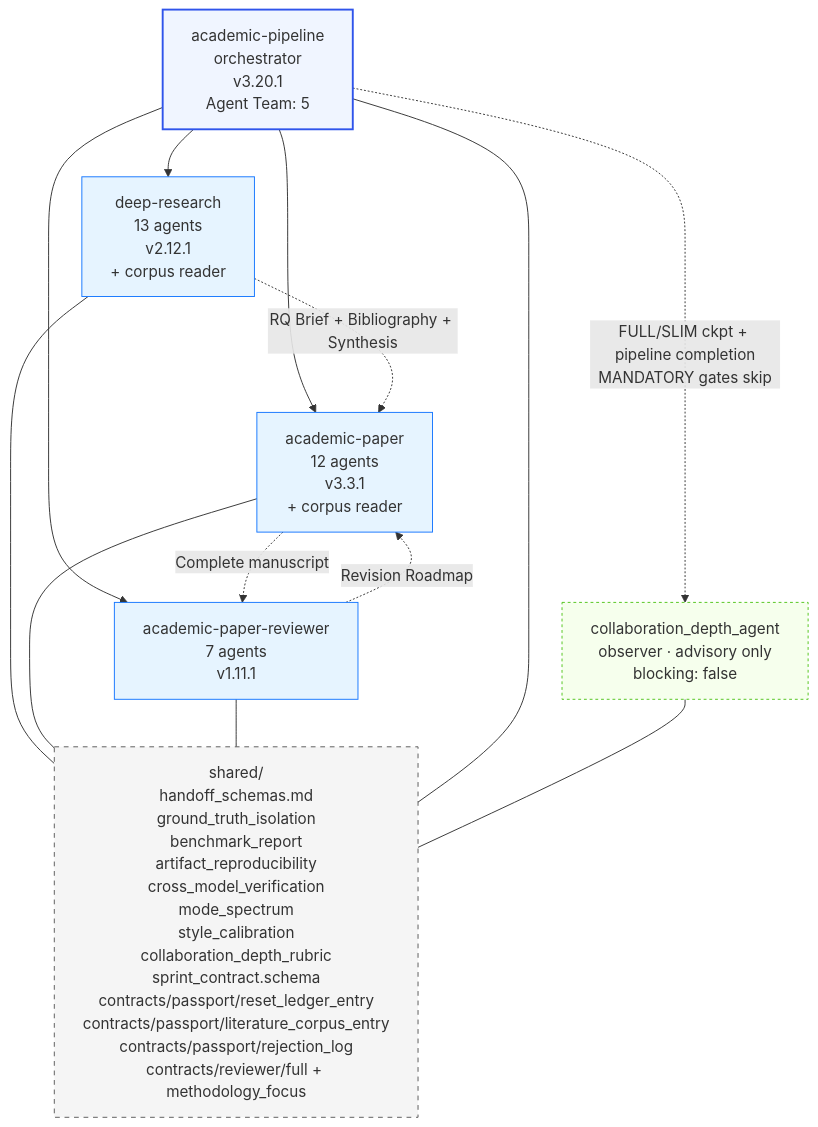
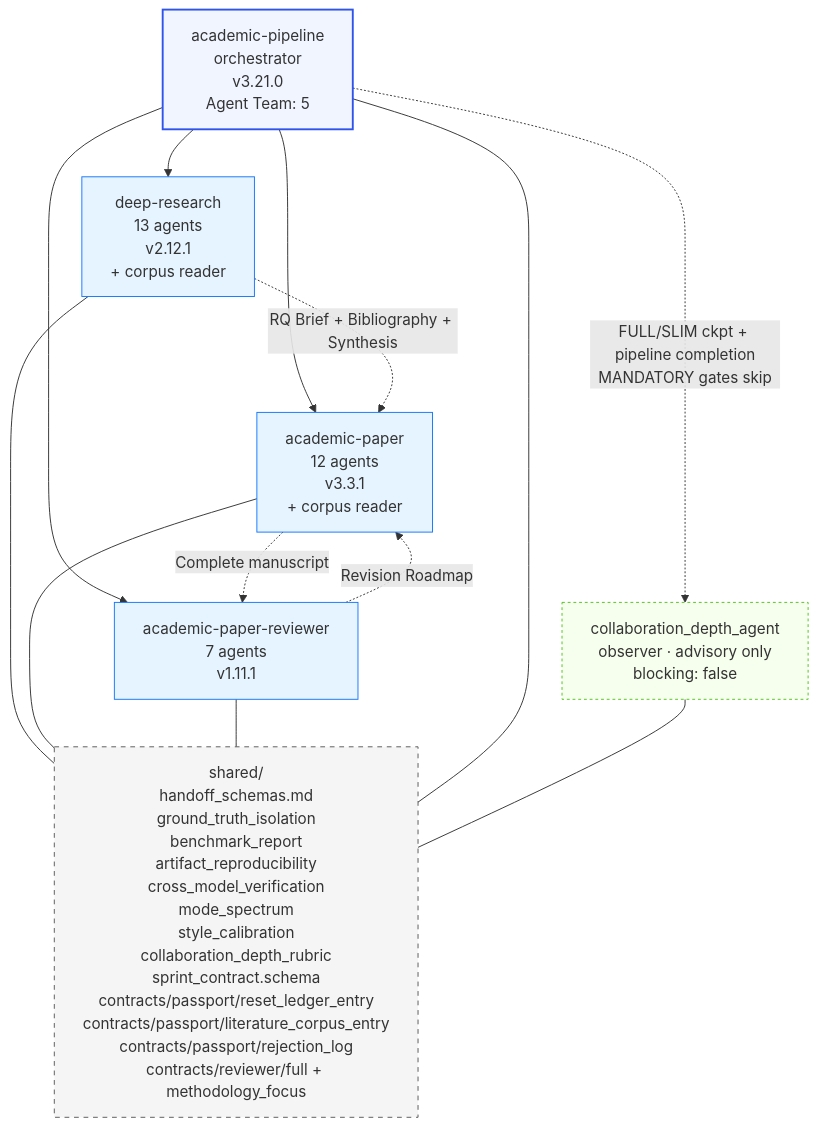
Before and after one commit to AlphaWu/academic-research-skills: the fourth of 5 diagrams in docs/ARCHITECTURE.md, drawn with Mermaid. The commit also changed other lines of this file and 16 other files, not shown here.

````diff
--- a/docs/ARCHITECTURE.md
+++ b/docs/ARCHITECTURE.md
@@ -205,31 +205,31 @@
 ```mermaid
 graph TD
-    Pipeline[academic-pipeline<br/>orchestrator<br/>v3.20.1<br/>Agent Team: 5]
+    Pipeline[academic-pipeline<br/>orchestrator<br/>v3.21.0<br/>Agent Team: 5]
     Observer[collaboration_depth_agent<br/>observer · advisory only<br/>blocking: false]
     DR[deep-research<br/>13 agents<br/>v2.12.1<br/>+ corpus reader]
     AP[academic-paper<br/>12 agents<br/>v3.3.1<br/>+ corpus reader]
     APR[academic-paper-reviewer<br/>7 agents<br/>v1.11.1]
     Shared[shared/<br/>handoff_schemas.md<br/>ground_truth_isolation<br/>benchmark_report<br/>artifact_reproducibility<br/>cross_model_verification<br/>mode_spectrum<br/>style_calibration<br/>collaboration_depth_rubric<br/>sprint_contract.schema<br/>contracts/passport/reset_ledger_entry<br/>contracts/passport/literature_corpus_entry<br/>contracts/passport/rejection_log<br/>contracts/reviewer/full + methodology_focus]
 
     Pipeline --> DR
     Pipeline --> AP
     Pipeline --> APR
     Pipeline -. "FULL/SLIM ckpt + pipeline completion<br/>MANDATORY gates skip" .-> Observer
     DR -. "RQ Brief + Bibliography + Synthesis" .-> AP
     AP -. "Complete manuscript" .-> APR
     APR -. "Revision Roadmap" .-> AP
     DR --- Shared
     AP --- Shared
     APR --- Shared
     Pipeline --- Shared
     Observer --- Shared
 
     classDef orch fill:#f0f5ff,stroke:#2f54eb,stroke-width:2px
     classDef skill fill:#e6f4ff,stroke:#1677ff
     classDef shared fill:#f5f5f5,stroke:#595959,stroke-dasharray:5 5
     classDef observer fill:#f6ffed,stroke:#52c41a,stroke-dasharray:3 3
     class Pipeline orch
     class DR,AP,APR skill
     class Shared shared
     class Observer observer
 ```
````
